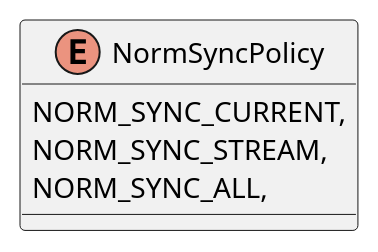
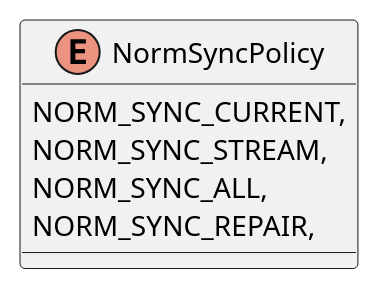
One commit to USNavalResearchLaboratory/norm changed the diagram in src/dotnet/design/Mil/Navy/Nrl/Norm/Enums/NormSyncPolicy.puml. Above: the diagram before and after it, drawn with PlantUML. The commit also changed 12 other files, not shown here.

Commit message:
Add repair-aware receiver sync policy

```diff
--- a/src/dotnet/design/Mil/Navy/Nrl/Norm/Enums/NormSyncPolicy.puml
+++ b/src/dotnet/design/Mil/Navy/Nrl/Norm/Enums/NormSyncPolicy.puml
@@ -1,7 +1,8 @@
 @startuml
 enum NormSyncPolicy {
     NORM_SYNC_CURRENT,
     NORM_SYNC_STREAM,
     NORM_SYNC_ALL,
+    NORM_SYNC_REPAIR,
 }
 @enduml
```
